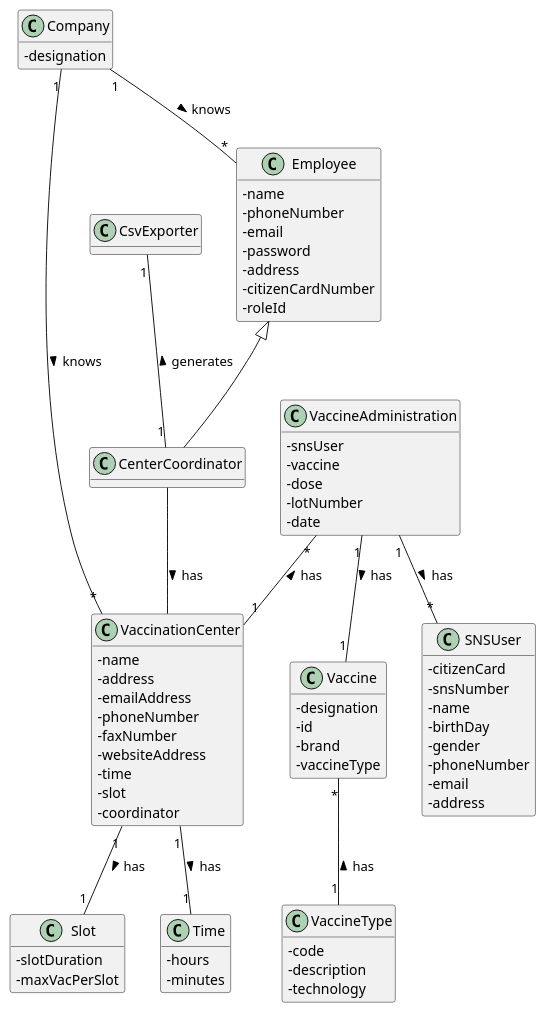
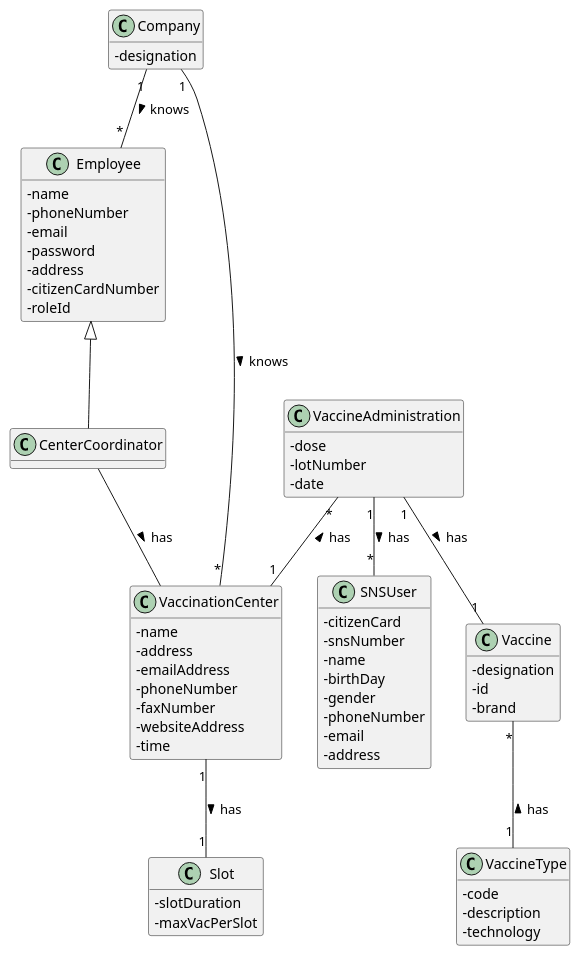
Before and after one commit to miseEnPlace-i/lapr2: the diagram in docs/SprintD/US15/DM/US15_DM.puml, drawn with PlantUML. The commit also changed 1 other file, not shown here.

```diff
--- a/docs/SprintD/US15/DM/US15_DM.puml
+++ b/docs/SprintD/US15/DM/US15_DM.puml
@@ -1,93 +1,79 @@
 @startuml US15_DM
 hide methods
 skinparam classAttributeIconSize 0
 
 class Company {
   -designation
 }
 
 class CenterCoordinator {}
 
 class Employee {
   -name
   -phoneNumber
   -email
   -password
   -address
   -citizenCardNumber
   -roleId
 }
 
 class VaccinationCenter{
   -name
   -address
   -emailAddress
   -phoneNumber
   -faxNumber
   -websiteAddress
   -time
-  -slot
-  -coordinator
-}
-
-class Time {
-  -hours
-  -minutes
 }
 
 class Slot {
   -slotDuration
   -maxVacPerSlot
 }
 
 class VaccineAdministration {
-  -snsUser
-  -vaccine
   -dose
   -lotNumber
   -date
 }
 
 class SNSUser {
   - citizenCard
   - snsNumber
   - name
   - birthDay
   - gender
   - phoneNumber
   - email
   - address
 }
 
-class CsvExporter {}
-
 class Vaccine {
   -designation
   -id
   -brand
-  -vaccineType
 }
 
 class VaccineType {
   -code 
   -description
   -technology
 }
 
 Company "1" -- "*" Employee : knows >
 Company "1" -- "*" VaccinationCenter : knows >
 
 Employee <|-- CenterCoordinator
 
 CenterCoordinator -- VaccinationCenter : has >
 
-VaccinationCenter "1" -- "1" Time : has >
 VaccinationCenter "1"-- "1" Slot : has >
-CsvExporter "1" -- "1" CenterCoordinator : generates <
 
 VaccineAdministration "*" -- "1" VaccinationCenter : has <
 VaccineAdministration "1" -- "*" SNSUser : has >
 VaccineAdministration "1" -- "1" Vaccine : has > 
 Vaccine "*" -- "1" VaccineType : has <
 
 @enduml
```
